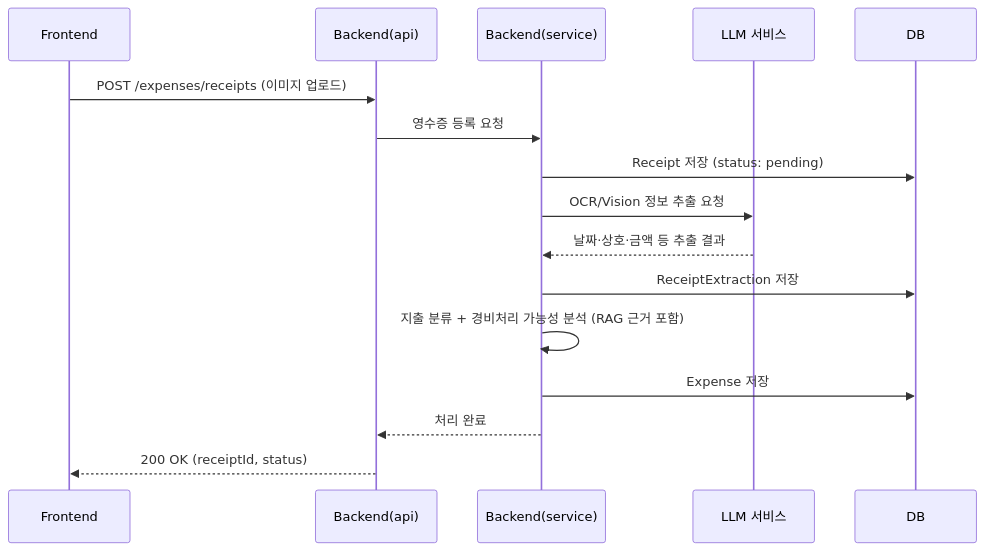
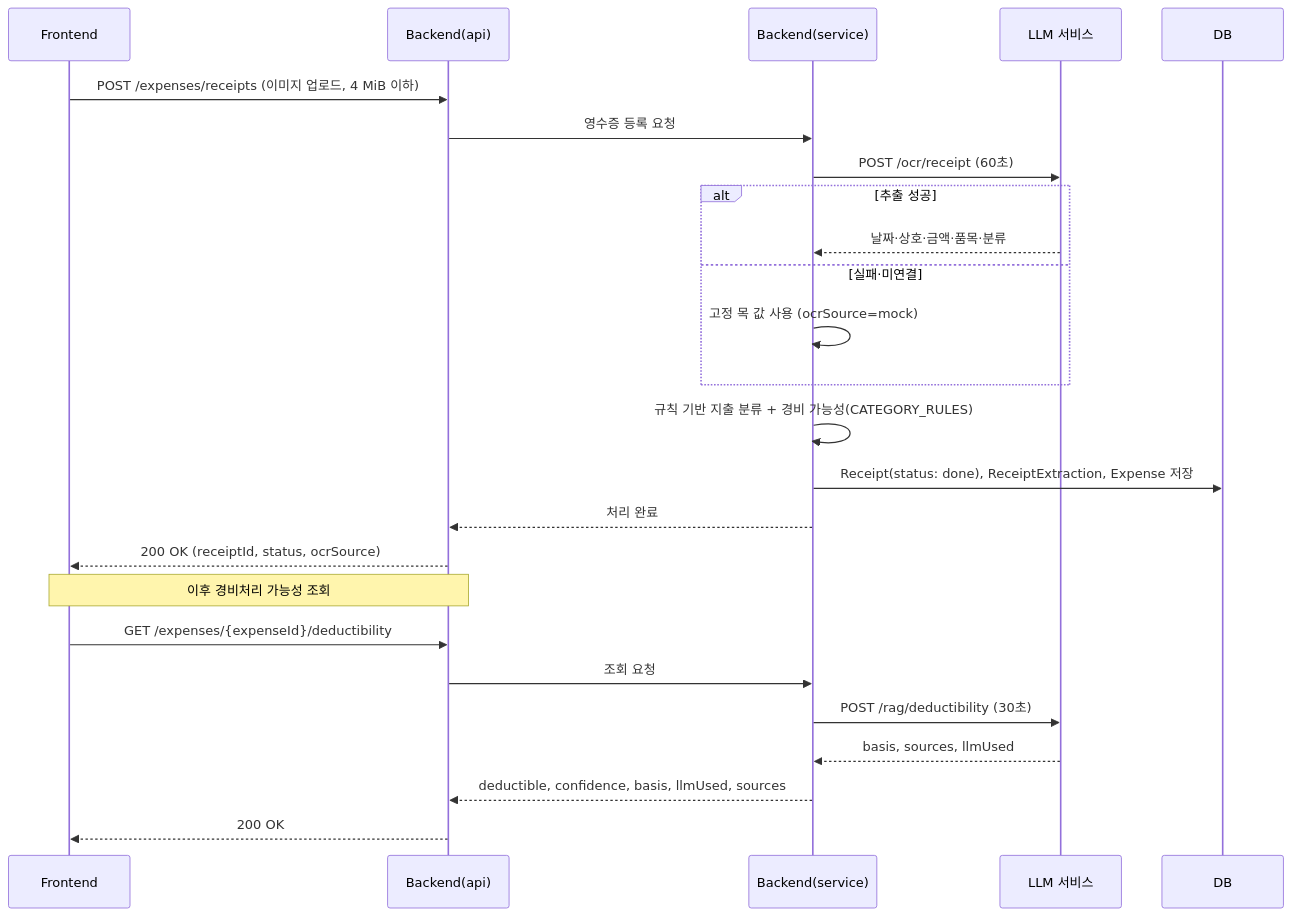
One commit to SKNETWORKS-FAMILY-AICAMP/SKN34-3rd-3Team changed the third of 4 diagrams in Docs/Design/SEQUENCE.md. Above: the diagram before and after it, drawn with Mermaid. The commit also changed other lines of this file and 19 other files, not shown here.

````diff
--- a/Docs/Design/SEQUENCE.md
+++ b/Docs/Design/SEQUENCE.md
@@ -72,19 +85,29 @@
 ```mermaid
 sequenceDiagram
     participant FE as Frontend
     participant API as Backend(api)
     participant SVC as Backend(service)
     participant LLM as LLM 서비스
     participant DB as DB
 
-    FE->>API: POST /expenses/receipts (이미지 업로드)
+    FE->>API: POST /expenses/receipts (이미지 업로드, 4 MiB 이하)
     API->>SVC: 영수증 등록 요청
-    SVC->>DB: Receipt 저장 (status: pending)
-    SVC->>LLM: OCR/Vision 정보 추출 요청
-    LLM-->>SVC: 날짜·상호·금액 등 추출 결과
-    SVC->>DB: ReceiptExtraction 저장
-    SVC->>SVC: 지출 분류 + 경비처리 가능성 분석 (RAG 근거 포함)
-    SVC->>DB: Expense 저장
+    SVC->>LLM: POST /ocr/receipt (60초)
+    alt 추출 성공
+        LLM-->>SVC: 날짜·상호·금액·품목·분류
+    else 실패·미연결
+        SVC->>SVC: 고정 목 값 사용 (ocrSource=mock)
+    end
+    SVC->>SVC: 규칙 기반 지출 분류 + 경비 가능성(CATEGORY_RULES)
+    SVC->>DB: Receipt(status: done), ReceiptExtraction, Expense 저장
     SVC-->>API: 처리 완료
-    API-->>FE: 200 OK (receiptId, status)
+    API-->>FE: 200 OK (receiptId, status, ocrSource)
+
+    Note over FE,API: 이후 경비처리 가능성 조회
+    FE->>API: GET /expenses/{expenseId}/deductibility
+    API->>SVC: 조회 요청
+    SVC->>LLM: POST /rag/deductibility (30초)
+    LLM-->>SVC: basis, sources, llmUsed
+    SVC-->>API: deductible, confidence, basis, llmUsed, sources
+    API-->>FE: 200 OK
 ```
````
